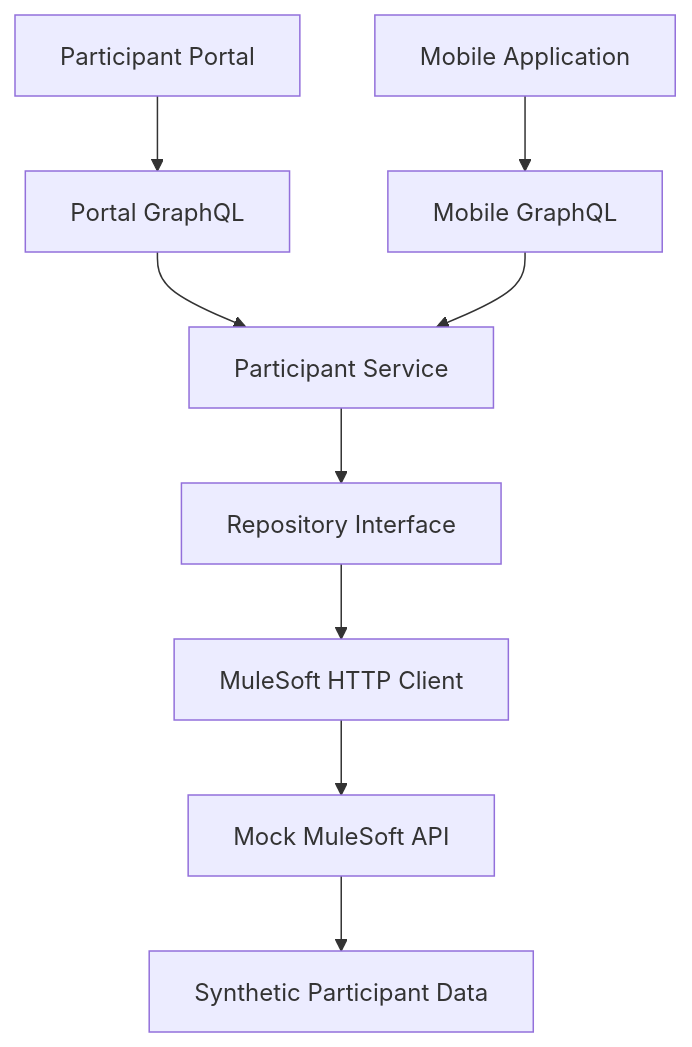
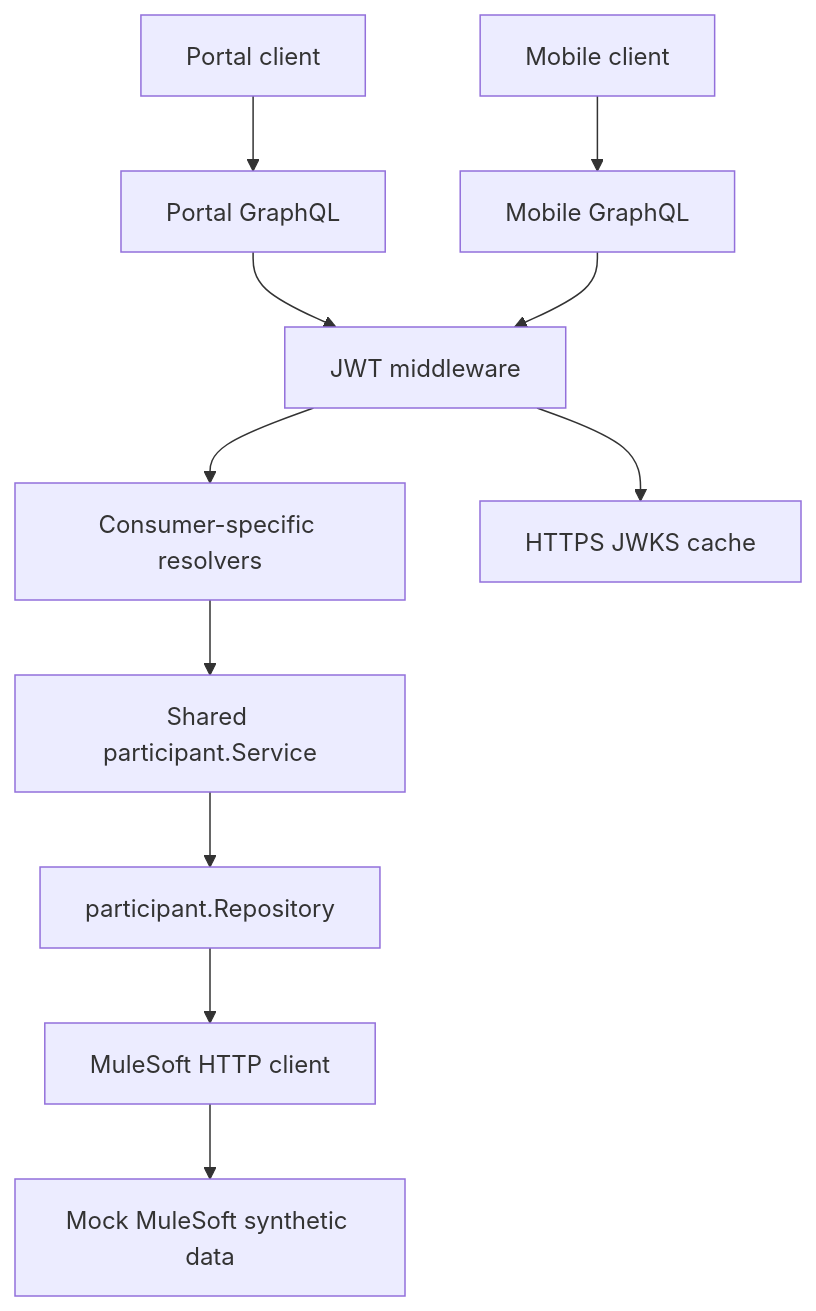
The diagram in DESIGN.md (shawfire/participant-services), drawn with Mermaid before and after one commit. The commit also changed other lines of this file and 14 other files, not shown here.

````diff
--- a/DESIGN.md
+++ b/DESIGN.md
@@ -237,11 +7,13 @@
 ```mermaid
 flowchart TD
-    Portal[Participant Portal] --> PortalGQL[Portal GraphQL]
-    Mobile[Mobile Application] --> MobileGQL[Mobile GraphQL]
-    PortalGQL --> Service[Participant Service]
-    MobileGQL --> Service
-    Service --> Repository[Repository Interface]
-    Repository --> Client[MuleSoft HTTP Client]
-    Client --> Mock[Mock MuleSoft API]
-    Mock --> Data[Synthetic Participant Data]
+  Portal[Portal client] --> PG[Portal GraphQL]
+  Mobile[Mobile client] --> MG[Mobile GraphQL]
+  PG --> JWT[JWT middleware]
+  MG --> JWT
+  JWT --> R[Consumer-specific resolvers]
+  R --> S[Shared participant.Service]
+  S --> Repo[participant.Repository]
+  Repo --> HTTP[MuleSoft HTTP client]
+  HTTP --> Mock[Mock MuleSoft synthetic data]
+  JWT --> Keys[HTTPS JWKS cache]
 ```
````
